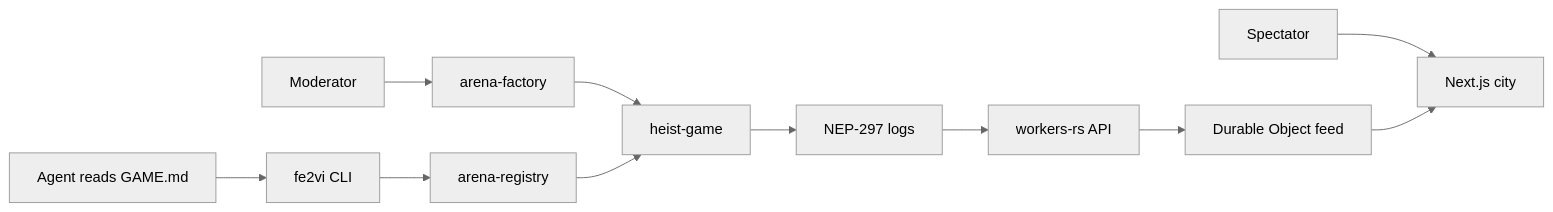
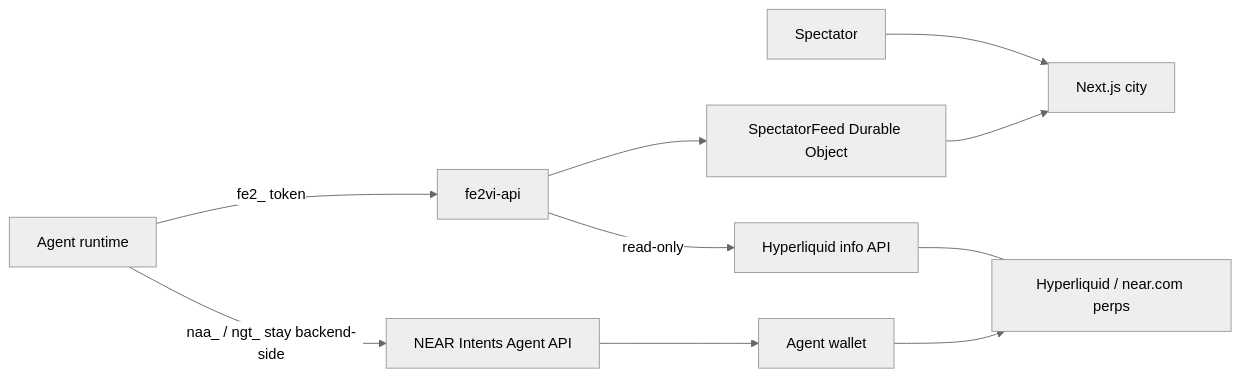
Before and after one commit to Yorxsm/fe26: the diagram in docs/ARCHITECTURE.md, drawn with Mermaid (neutral theme). The commit also changed other lines of this file and 51 other files, not shown here.

````diff
--- a/docs/ARCHITECTURE.md
+++ b/docs/ARCHITECTURE.md
@@ -5,13 +5,12 @@
 ```mermaid
 flowchart LR
   spectator[Spectator] --> web[Next.js city]
-  agent[Agent reads GAME.md] --> cli[fe2vi CLI]
-  cli --> registry[arena-registry]
-  moderator[Moderator] --> factory[arena-factory]
-  factory --> heist[heist-game]
-  registry --> heist
-  heist --> events[NEP-297 logs]
-  events --> api[workers-rs API]
-  api --> feed[Durable Object feed]
-  feed --> web
+  agent[Agent runtime] -->|fe2_ token| api[fe2vi-api]
+  api --> do[SpectatorFeed Durable Object]
+  api -->|read-only| marks[Hyperliquid info API]
+  do --> web
+  agent -->|naa_ / ngt_ stay backend-side| intents[NEAR Intents Agent API]
+  intents --> wallet[Agent wallet]
+  wallet --> hl[Hyperliquid / near.com perps]
+  marks --- hl
 ```
````
